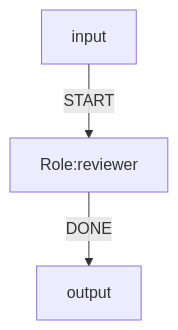
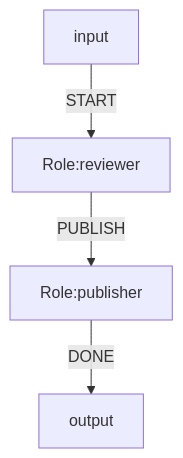
One commit to Fredericzhou/ogsystem changed the eighth of 8 diagrams in docs/nl2mmd-structure-templates.md. Above: the diagram before and after it, drawn with Mermaid. The commit also changed other lines of this file and 69 other files, not shown here.

````diff
--- a/docs/nl2mmd-structure-templates.md
+++ b/docs/nl2mmd-structure-templates.md
@@ -250,12 +251,13 @@
 ```mermaid
 flowchart TD
 %% system.id=demo.binding.mixed
 %% system.version=1.0.0
 %% law.global=law.console.base
 %% entry.role=reviewer
 %% model.bind.reviewer=opencode/gpt-5-nano
-%% exec.bind.reviewer=ops-human
+%% exec.bind.publisher=publish-profile
 
 input -->|START| reviewer[Role:reviewer]
-reviewer[Role:reviewer] -->|DONE| output
+reviewer[Role:reviewer] -->|PUBLISH| publisher[Role:publisher]
+publisher[Role:publisher] -->|DONE| output
 ```
````
